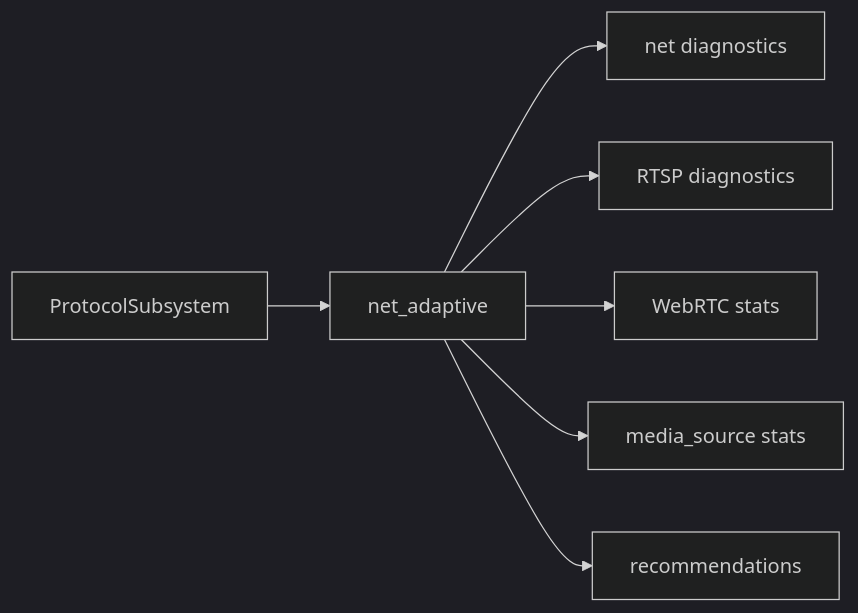
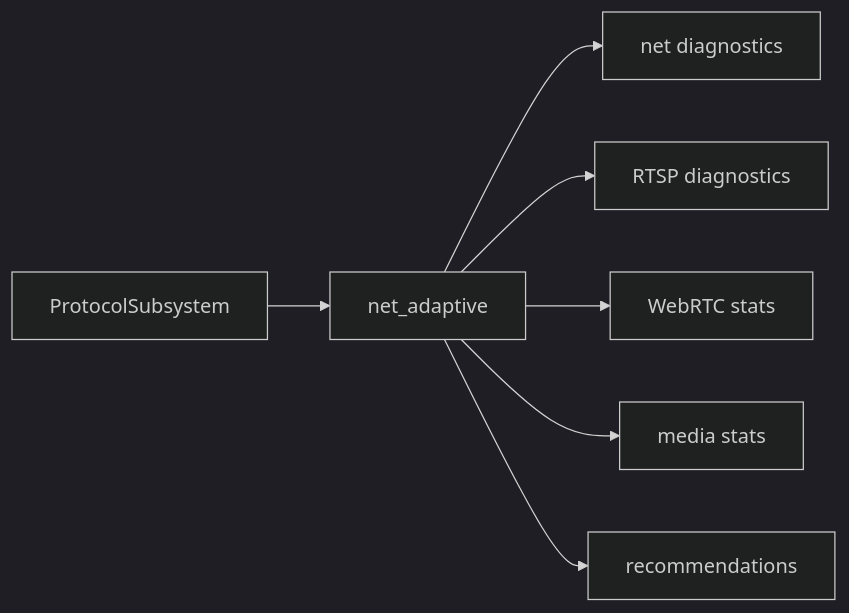
The diagram in docs/libs/net_adaptive.md (373699756/live_stream), drawn with Mermaid (dark theme) before and after one commit. The commit also changed other lines of this file and 56 other files, not shown here.

Commit message:
refactor: remove obsolete media source libraries

````diff
--- a/docs/libs/net_adaptive.md
+++ b/docs/libs/net_adaptive.md
@@ -20,9 +20,9 @@
 ```mermaid
 flowchart LR
   App[ProtocolSubsystem] --> NA[net_adaptive]
   NA --> Net[net diagnostics]
   NA --> RTSP[RTSP diagnostics]
   NA --> WebRTC[WebRTC stats]
-  NA --> Media[media_source stats]
+  NA --> Media[media stats]
   NA --> Rec[recommendations]
 ```
````
